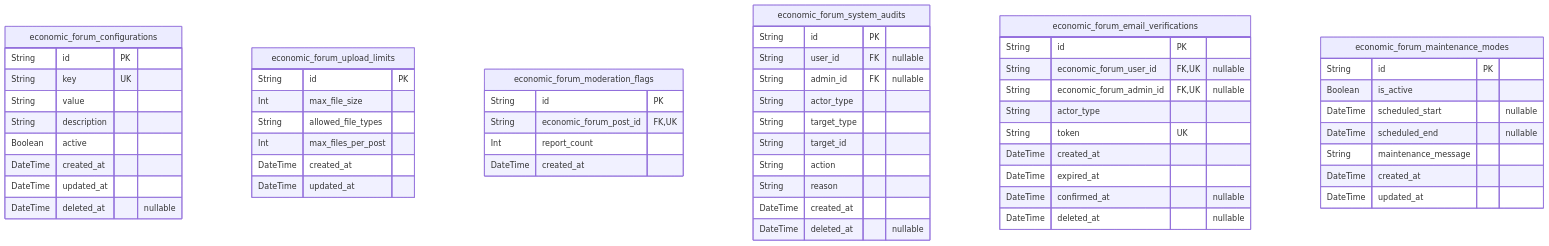
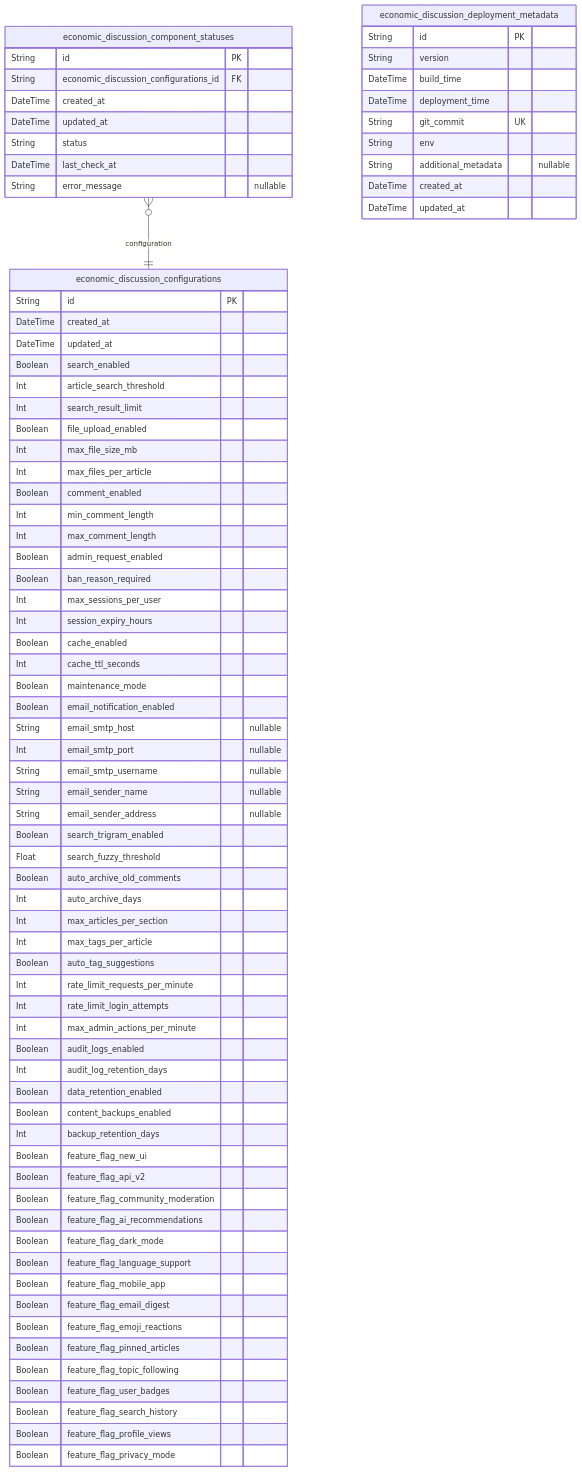
Before and after one commit to wrtnlabs/autobe-examples: the second of 7 diagrams in qwen/qwen3-next-80b-a3b-instruct/bbs/docs/ERD.md, drawn with Mermaid. The commit also changed other lines of this file and 9391 other files, not shown here.

````diff
--- a/qwen/qwen3-next-80b-a3b-instruct/bbs/docs/ERD.md
+++ b/qwen/qwen3-next-80b-a3b-instruct/bbs/docs/ERD.md
@@ -391,59 +465,81 @@
 ```mermaid
 erDiagram
-"economic_forum_configurations" {
+"economic_discussion_configurations" {
   String id PK
-  String key UK
-  String value
-  String description
-  Boolean active
   DateTime created_at
   DateTime updated_at
-  DateTime deleted_at "nullable"
+  Boolean search_enabled
+  Int article_search_threshold
+  Int search_result_limit
+  Boolean file_upload_enabled
+  Int max_file_size_mb
+  Int max_files_per_article
+  Boolean comment_enabled
+  Int min_comment_length
+  Int max_comment_length
+  Boolean admin_request_enabled
+  Boolean ban_reason_required
+  Int max_sessions_per_user
+  Int session_expiry_hours
+  Boolean cache_enabled
+  Int cache_ttl_seconds
+  Boolean maintenance_mode
+  Boolean email_notification_enabled
+  String email_smtp_host "nullable"
+  Int email_smtp_port "nullable"
+  String email_smtp_username "nullable"
+  String email_sender_name "nullable"
+  String email_sender_address "nullable"
+  Boolean search_trigram_enabled
+  Float search_fuzzy_threshold
+  Boolean auto_archive_old_comments
+  Int auto_archive_days
+  Int max_articles_per_section
+  Int max_tags_per_article
+  Boolean auto_tag_suggestions
+  Int rate_limit_requests_per_minute
+  Int rate_limit_login_attempts
+  Int max_admin_actions_per_minute
+  Boolean audit_logs_enabled
+  Int audit_log_retention_days
+  Boolean data_retention_enabled
+  Boolean content_backups_enabled
+  Int backup_retention_days
+  Boolean feature_flag_new_ui
+  Boolean feature_flag_api_v2
+  Boolean feature_flag_community_moderation
+  Boolean feature_flag_ai_recommendations
+  Boolean feature_flag_dark_mode
+  Boolean feature_flag_language_support
+  Boolean feature_flag_mobile_app
+  Boolean feature_flag_email_digest
+  Boolean feature_flag_emoji_reactions
+  Boolean feature_flag_pinned_articles
+  Boolean feature_flag_topic_following
+  Boolean feature_flag_user_badges
+  Boolean feature_flag_search_history
+  Boolean feature_flag_profile_views
+  Boolean feature_flag_privacy_mode
 }
-"economic_forum_upload_limits" {
+"economic_discussion_component_statuses" {
   String id PK
-  Int max_file_size
-  String allowed_file_types
-  Int max_files_per_post
+  String economic_discussion_configurations_id FK
+  DateTime created_at
+  DateTime updated_at
+  String status
+  DateTime last_check_at
+  String error_message "nullable"
+}
+"economic_discussion_deployment_metadata" {
+  String id PK
+  String version
+  DateTime build_time
+  DateTime deployment_time
+  String git_commit UK
+  String env
+  String additional_metadata "nullable"
   DateTime created_at
   DateTime updated_at
 }
-"economic_forum_moderation_flags" {
-  String id PK
-  String economic_forum_post_id FK,UK
-  Int report_count
-  DateTime created_at
-}
-"economic_forum_system_audits" {
-  String id PK
-  String user_id FK "nullable"
-  String admin_id FK "nullable"
-  String actor_type
-  String target_type
-  String target_id
-  String action
-  String reason
-  DateTime created_at
-  DateTime deleted_at "nullable"
-}
-"economic_forum_email_verifications" {
-  String id PK
-  String economic_forum_user_id FK,UK "nullable"
-  String economic_forum_admin_id FK,UK "nullable"
-  String actor_type
-  String token UK
-  DateTime created_at
-  DateTime expired_at
-  DateTime confirmed_at "nullable"
-  DateTime deleted_at "nullable"
-}
-"economic_forum_maintenance_modes" {
-  String id PK
-  Boolean is_active
-  DateTime scheduled_start "nullable"
-  DateTime scheduled_end "nullable"
-  String maintenance_message
-  DateTime created_at
-  DateTime updated_at
-}
+"economic_discussion_component_statuses" }o--|| "economic_discussion_configurations" : configuration
 ```
````
